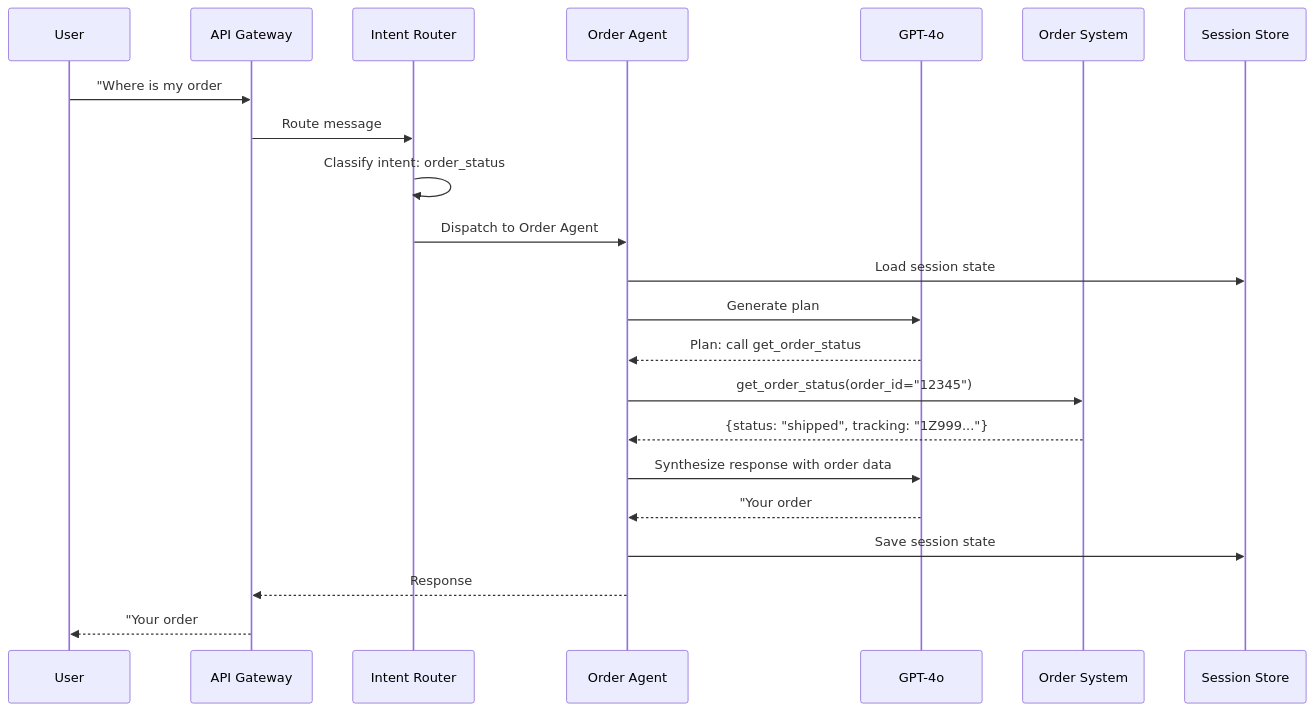
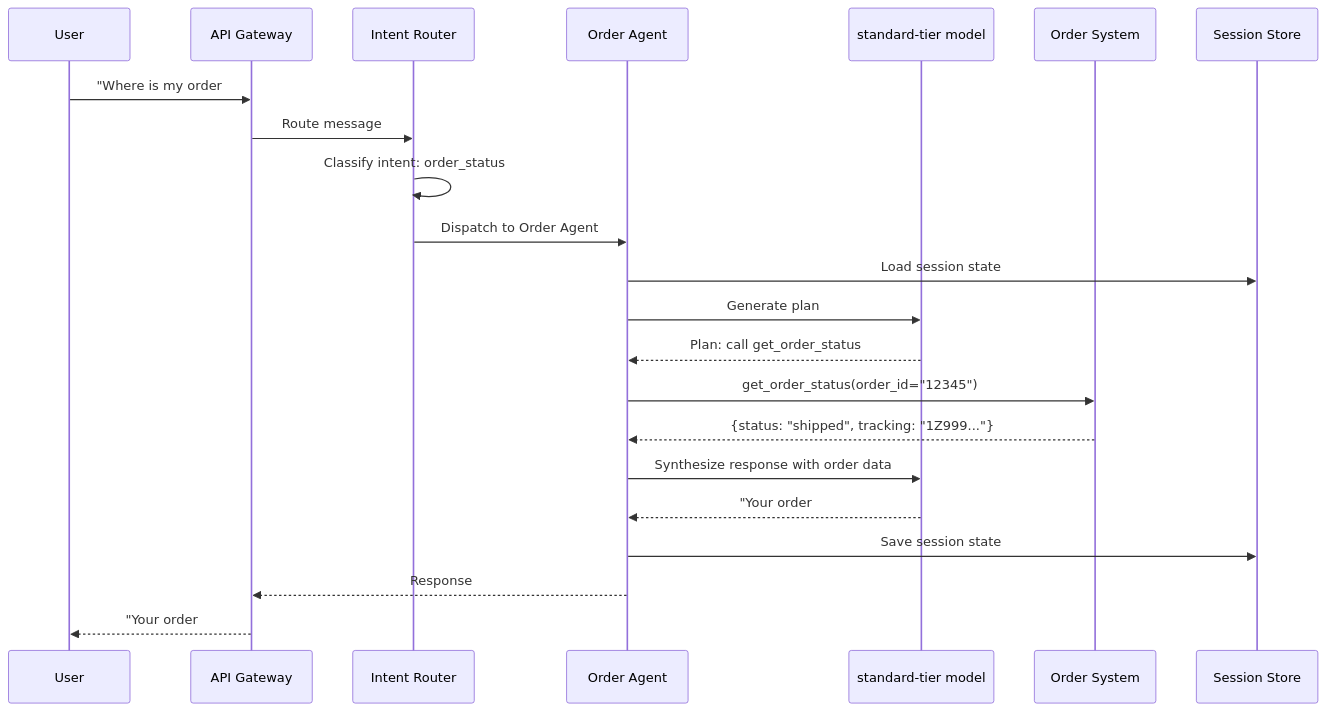
The second of 6 diagrams in docs/architecture-design/customer-support-agent.md (spawn08/agentic-ai-interview-kit), drawn with Mermaid before and after one commit. The commit also changed other lines of this file and 150 other files, not shown here.

````diff
--- a/docs/architecture-design/customer-support-agent.md
+++ b/docs/architecture-design/customer-support-agent.md
@@ -215,29 +216,29 @@
 ```mermaid
 sequenceDiagram
     participant User
     participant GW as API Gateway
     participant Router as Intent Router
     participant OA as Order Agent
-    participant LLM as GPT-4o
+    participant LLM as standard-tier model
     participant OMS as Order System
     participant Redis as Session Store
 
     User->>GW: "Where is my order #12345?"
     GW->>Router: Route message
     Router->>Router: Classify intent: order_status
     Router->>OA: Dispatch to Order Agent
 
     OA->>Redis: Load session state
     OA->>LLM: Generate plan
     LLM-->>OA: Plan: call get_order_status
 
     OA->>OMS: get_order_status(order_id="12345")
     OMS-->>OA: {status: "shipped", tracking: "1Z999..."}
 
     OA->>LLM: Synthesize response with order data
     LLM-->>OA: "Your order #12345 was shipped on June 8..."
 
     OA->>Redis: Save session state
     OA-->>GW: Response
     GW-->>User: "Your order #12345 was shipped on June 8..."
 ```
````
